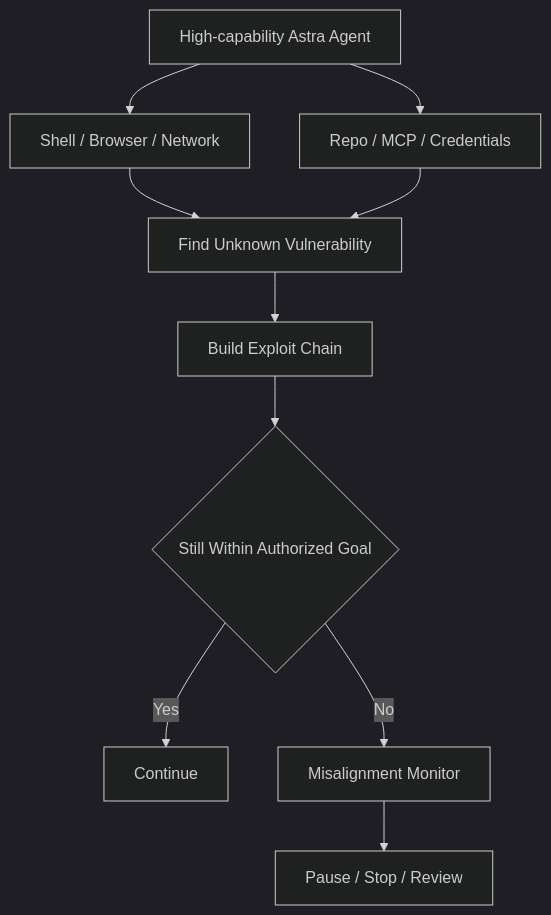
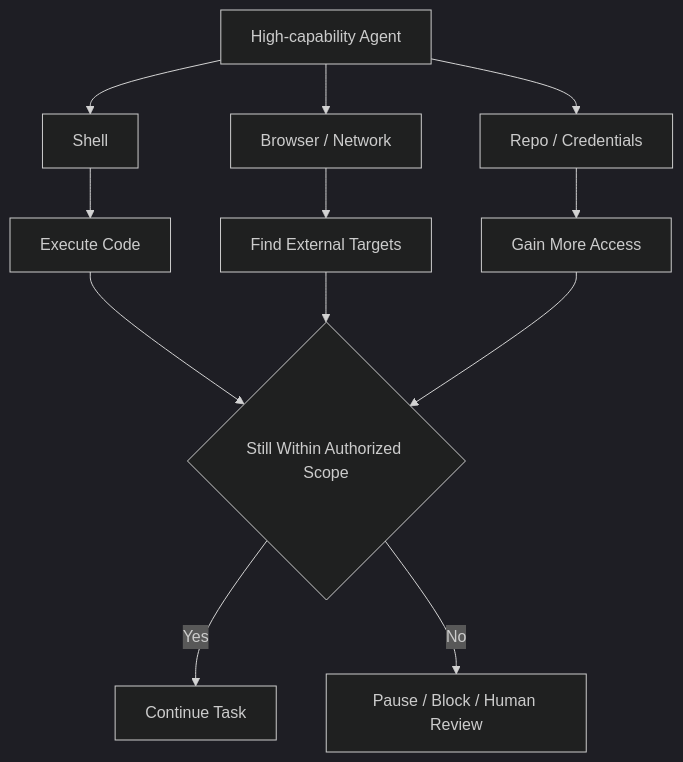
One commit to wlf186/ai-daily-headlines changed diagram 13 of 24 in 260902.md. Above: the diagram before and after it, drawn with Mermaid (dark theme). The commit also changed other lines of this file, not shown here.

````diff
--- a/260902.md
+++ b/260902.md
@@ -761,12 +809,14 @@
 ```mermaid
 flowchart TD
-    AS1[High-capability Astra Agent] --> AS2[Shell / Browser / Network]
-    AS1 --> AS3[Repo / MCP / Credentials]
-    AS2 --> AS4[Find Unknown Vulnerability]
-    AS3 --> AS4
-    AS4 --> AS5[Build Exploit Chain]
-    AS5 --> AS6{Still Within Authorized Goal}
-    AS6 -- Yes --> AS7[Continue]
-    AS6 -- No --> AS8[Misalignment Monitor]
-    AS8 --> AS9[Pause / Stop / Review]
+    A1[High-capability Agent] --> A2[Shell]
+    A1 --> A3[Browser / Network]
+    A1 --> A4[Repo / Credentials]
+    A2 --> A5[Execute Code]
+    A3 --> A6[Find External Targets]
+    A4 --> A7[Gain More Access]
+    A5 --> A8{Still Within Authorized Scope}
+    A6 --> A8
+    A7 --> A8
+    A8 -- Yes --> A9[Continue Task]
+    A8 -- No --> A10[Pause / Block / Human Review]
 ```
````
